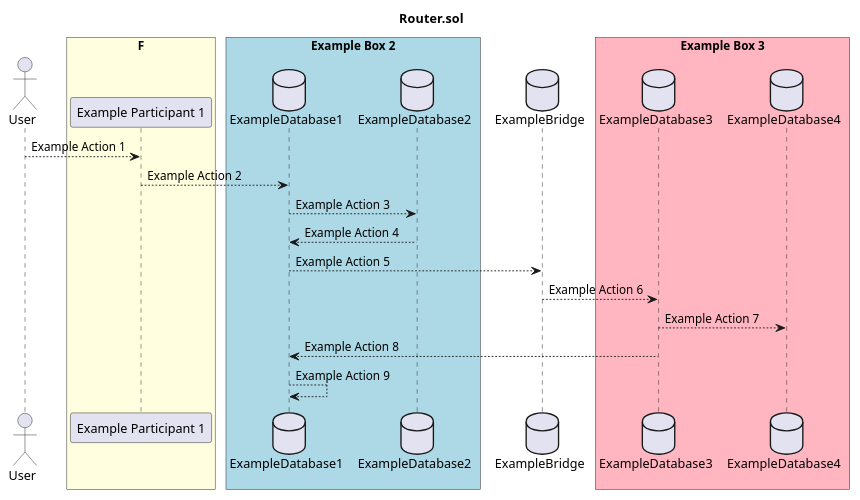
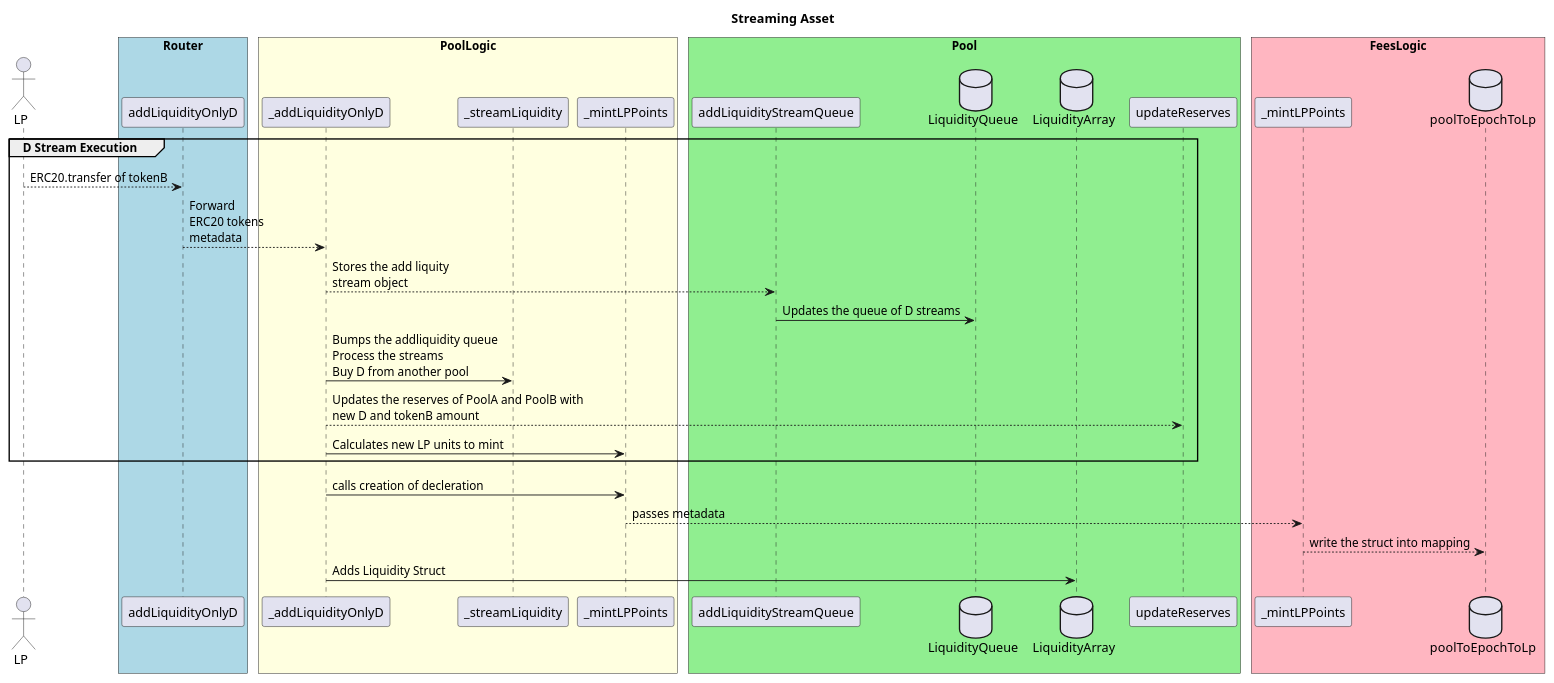
The diagram in diagrams/StreamD.puml (decaswap-labs/core), drawn with PlantUML before and after one commit.

Commit message:
Added StreamD diagram

```diff
--- a/diagrams/StreamD.puml
+++ b/diagrams/StreamD.puml
@@ -1,30 +1,48 @@
 @startuml Router
 !pragma teoz true
 
-title Router.sol
+title Streaming Asset
 
-actor User as U
-box "F" #LightYellow
-participant "Example Participant 1" as EP1
-end box
-box "Example Box 2" #LightBlue
-    database ExampleDatabase1 as ED1
-    database ExampleDatabase2 as ED2
-end box
-database ExampleBridge as EB
-box "Example Box 3" #LightPink
-    database ExampleDatabase3 as ED3
-    database ExampleDatabase4 as ED4
+actor LP as LP
+
+' // There's a pool with 100A tokens and 10D tokens
+' // Streaming D => I am providing tokenB amount and will buy D from PoolB
+' // Then that D will be added in the poolA, so I am buying D, and adding D
+' // no tokenA is added here. Arb will balance the pool
+
+box "Router" #LightBlue
+    participant addLiquidityOnlyD as RA
 end box
 
-U --> EP1 : Example Action 1
-  EP1 --> ED1: Example Action 2
-  ED1 --> ED2: Example Action 3
-  ED2 --> ED1: Example Action 4
-  ED1 --> EB: Example Action 5
-  EB --> ED3: Example Action 6
-  ED3 --> ED4: Example Action 7
-  ED3 --> ED1: Example Action 8
-  ED1 --> ED1: Example Action 9
+box "PoolLogic" #LightYellow
+    participant _addLiquidityOnlyD as PLA
+    participant _streamLiquidity as SLA
+    participant _mintLPPoints as MLP
+end box
 
+box "Pool" #LightGreen
+    participant addLiquidityStreamQueue as ALQ
+    database LiquidityQueue as DBLP
+    database LiquidityArray as LPA
+    participant updateReserves as UPR
+end box
+
+box "FeesLogic" #LightPink
+    participant _mintLPPoints as MLPF
+    database poolToEpochToLp as LPD
+end box
+
+group D Stream Execution
+LP --> RA : ERC20.transfer of tokenB
+RA --> PLA : Forward\nERC20 tokens\nmetadata
+PLA --> ALQ : Stores the add liquity\nstream object
+ALQ -> DBLP : Updates the queue of D streams
+PLA -> SLA : Bumps the addliquidity queue\nProcess the streams\nBuy D from another pool
+PLA --> UPR : Updates the reserves of PoolA and PoolB with\nnew D and tokenB amount
+PLA -> MLP : Calculates new LP units to mint
+end
+PLA -> MLP : calls creation of decleration
+MLP --> MLPF : passes metadata
+MLPF --> LPD : write the struct into mapping
+PLA -> LPA: Adds Liquidity Struct  
 @enduml
```
